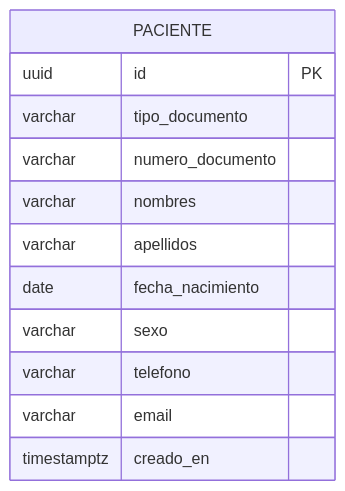
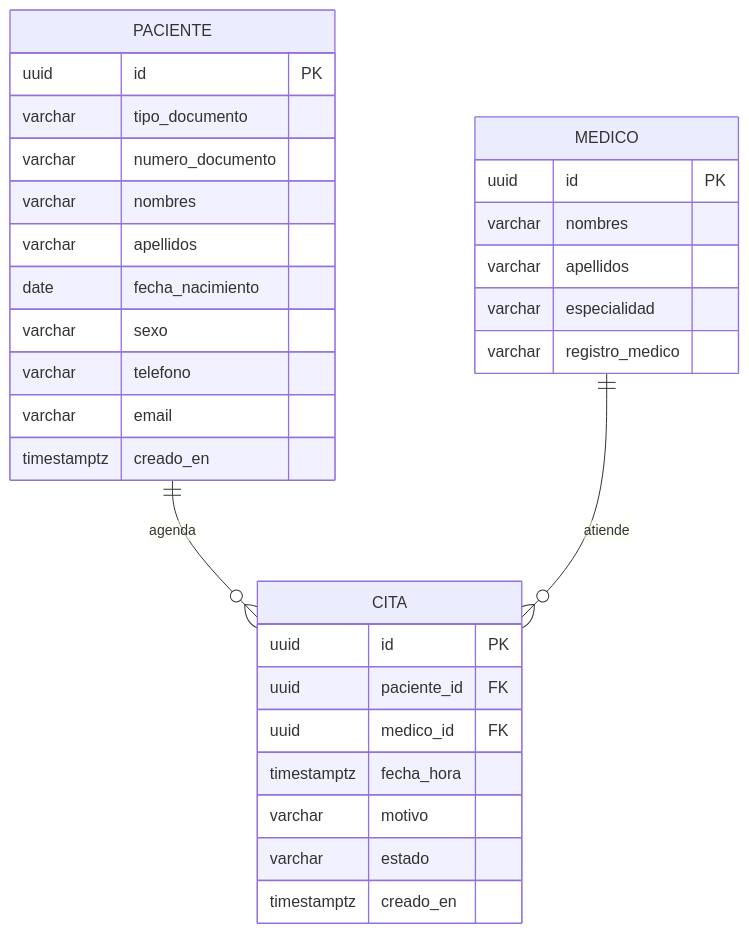
The diagram in docs/02-modelo-datos.md (Juanchiz1/salud-digital-microservices), drawn with Mermaid before and after one commit. The commit also changed other lines of this file and 12 other files, not shown here.

````diff
--- a/docs/02-modelo-datos.md
+++ b/docs/02-modelo-datos.md
@@ -5,15 +5,34 @@
 ```mermaid
 erDiagram
+    PACIENTE ||--o{ CITA : agenda
+    MEDICO ||--o{ CITA : atiende
+
     PACIENTE {
         uuid id PK
         varchar tipo_documento
         varchar numero_documento
         varchar nombres
         varchar apellidos
         date fecha_nacimiento
         varchar sexo
         varchar telefono
         varchar email
         timestamptz creado_en
     }
+    MEDICO {
+        uuid id PK
+        varchar nombres
+        varchar apellidos
+        varchar especialidad
+        varchar registro_medico
+    }
+    CITA {
+        uuid id PK
+        uuid paciente_id FK
+        uuid medico_id FK
+        timestamptz fecha_hora
+        varchar motivo
+        varchar estado
+        timestamptz creado_en
+    }
 ```
````
